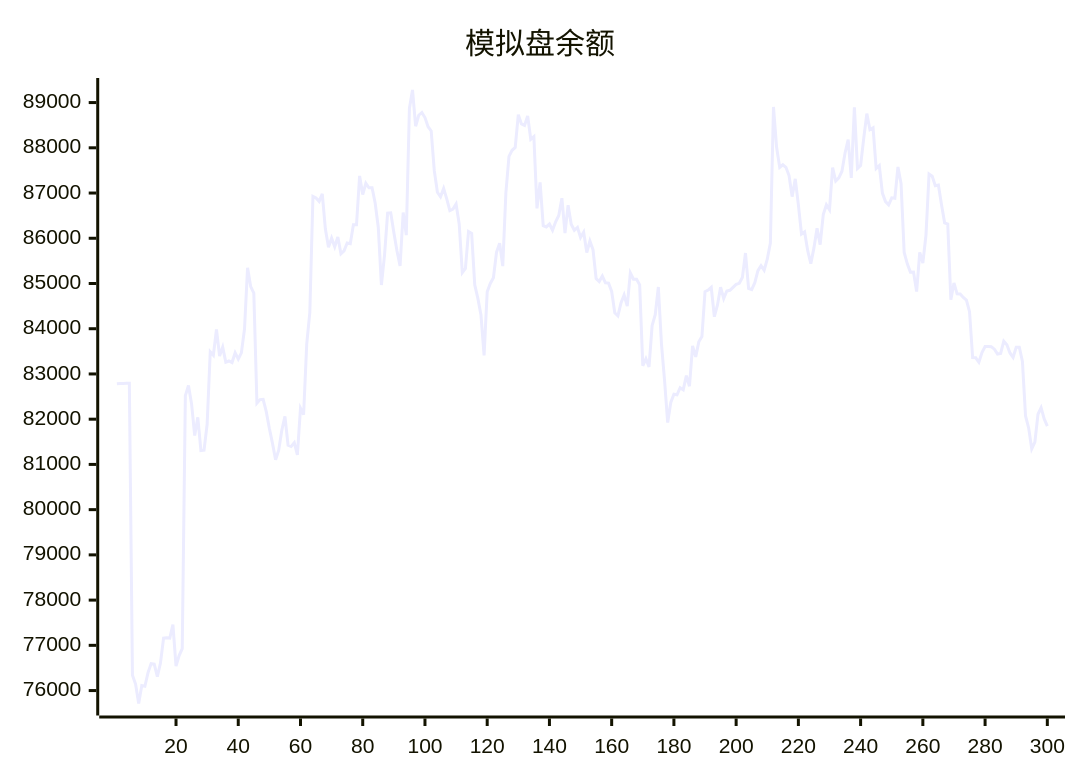
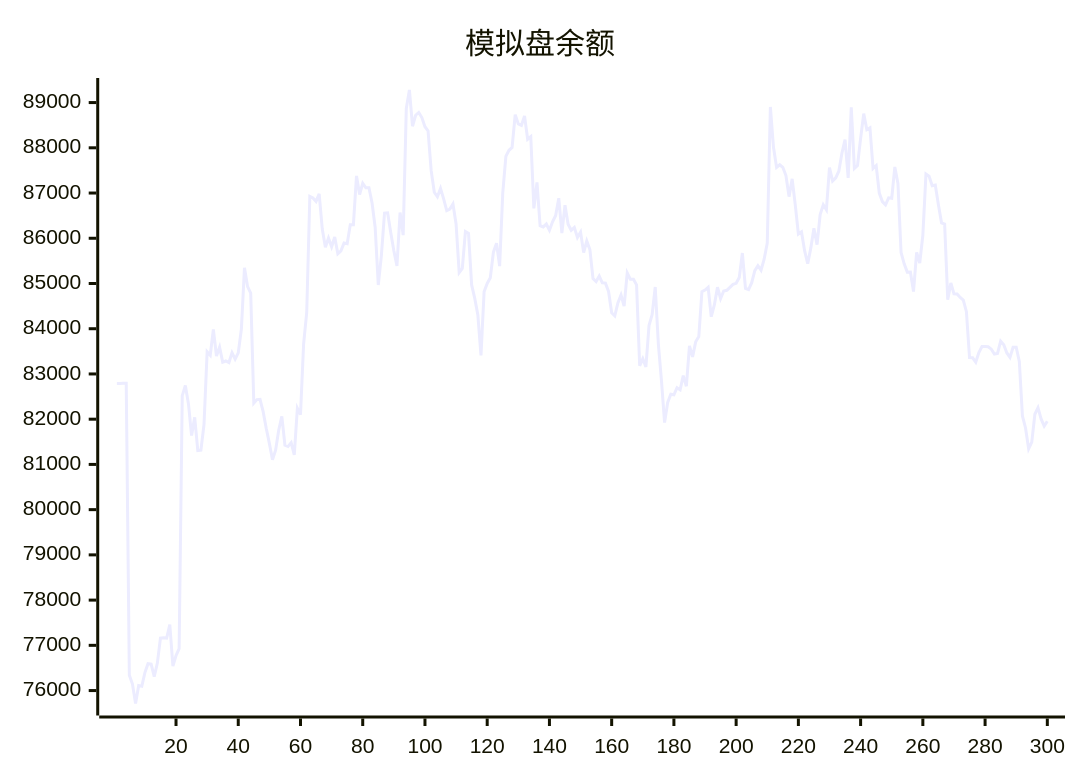
The diagram in README.md (aahl/ai-trading), drawn with Mermaid before and after one commit. The commit also changed other lines of this file and 1 other file, not shown here.

````diff
--- a/README.md
+++ b/README.md
@@ -5,5 +5,5 @@
 ```mermaid
 xychart
     title "模拟盘余额"
-    line [82785,82791,82791,82793,82794,76339,76145,75714,76110,76096,76397,76594,76585,76310,76607,77160,77170,77160,77456,76541,76774,76927,82520,82744,82337,81639,82040,81307,81314,81887,83490,83414,83984,83396,83594,83261,83287,83253,83470,83327,83465,83987,85348,84930,84786,82355,82433,82438,82167,81795,81466,81105,81315,81756,82064,81426,81398,81481,81210,82242,82099,83658,84359,86925,86892,86814,86980,86203,85802,86003,85811,86028,85657,85721,85896,85880,86300,86299,87378,86965,87214,87115,87118,86780,86238,84966,85623,86555,86562,86129,85722,85387,86569,86070,88870,89278,88477,88720,88781,88668,88467,88372,87493,87018,86917,87102,86870,86613,86644,86758,86317,85242,85334,86149,86106,84968,84671,84302,83410,84816,85001,85127,85693,85891,85384,87001,87811,87945,88007,88734,88528,88495,88705,88189,88248,86662,87234,86279,86251,86314,86177,86364,86503,86886,86114,86731,86310,86176,86240,86017,86136,85685,85938,85749,85111,85044,85164,85016,85008,84824,84354,84287,84572,84745,84500,85234,85096,85095,84970,83180,83338,83157,84070,84309,84922,83667,82850,81924,82369,82552,82539,82695,82648,82962,82728,83619,83378,83710,83825,84819,84854,84917,84265,84527,84919,84668,84834,84850,84916,84981,85004,85131,85674,84891,84864,85019,85284,85393,85294,85538,85894,88904,88012,87567,87625,87568,87386,86920,87313,86737,86094,86143,85725,85437,85787,86219,85859,86526,86740,86630,87563,87264,87335,87483,87886,88180,87335,88894,87544,87608,88207,88755,88401,88444,87543,87608,87000,86810,86740,86894,86884,87576,87209,85686,85435,85251,85255,84820,85689,85453,86066,87420,87373,87161,87178,86740,86341,86315,84643,85012,84772,84768,84690,84635,84376,83360,83357,83259,83474,83608,83606,83602,83548,83440,83454,83724,83644,83464,83365,83590,83592,83275,82072,81806,81344,81492,82109,82254,82006,81848]
+    line [82791,82791,82793,82794,76339,76145,75714,76110,76096,76397,76594,76585,76310,76607,77160,77170,77160,77456,76541,76774,76927,82520,82744,82337,81639,82040,81307,81314,81887,83490,83414,83984,83396,83594,83261,83287,83253,83470,83327,83465,83987,85348,84930,84786,82355,82433,82438,82167,81795,81466,81105,81315,81756,82064,81426,81398,81481,81210,82242,82099,83658,84359,86925,86892,86814,86980,86203,85802,86003,85811,86028,85657,85721,85896,85880,86300,86299,87378,86965,87214,87115,87118,86780,86238,84966,85623,86555,86562,86129,85722,85387,86569,86070,88870,89278,88477,88720,88781,88668,88467,88372,87493,87018,86917,87102,86870,86613,86644,86758,86317,85242,85334,86149,86106,84968,84671,84302,83410,84816,85001,85127,85693,85891,85384,87001,87811,87945,88007,88734,88528,88495,88705,88189,88248,86662,87234,86279,86251,86314,86177,86364,86503,86886,86114,86731,86310,86176,86240,86017,86136,85685,85938,85749,85111,85044,85164,85016,85008,84824,84354,84287,84572,84745,84500,85234,85096,85095,84970,83180,83338,83157,84070,84309,84922,83667,82850,81924,82369,82552,82539,82695,82648,82962,82728,83619,83378,83710,83825,84819,84854,84917,84265,84527,84919,84668,84834,84850,84916,84981,85004,85131,85674,84891,84864,85019,85284,85393,85294,85538,85894,88904,88012,87567,87625,87568,87386,86920,87313,86737,86094,86143,85725,85437,85787,86219,85859,86526,86740,86630,87563,87264,87335,87483,87886,88180,87335,88894,87544,87608,88207,88755,88401,88444,87543,87608,87000,86810,86740,86894,86884,87576,87209,85686,85435,85251,85255,84820,85689,85453,86066,87420,87373,87161,87178,86740,86341,86315,84643,85012,84772,84768,84690,84635,84376,83360,83357,83259,83474,83608,83606,83602,83548,83440,83454,83724,83644,83464,83365,83590,83592,83275,82072,81806,81344,81492,82109,82254,82006,81848,81955]
 ```
````
